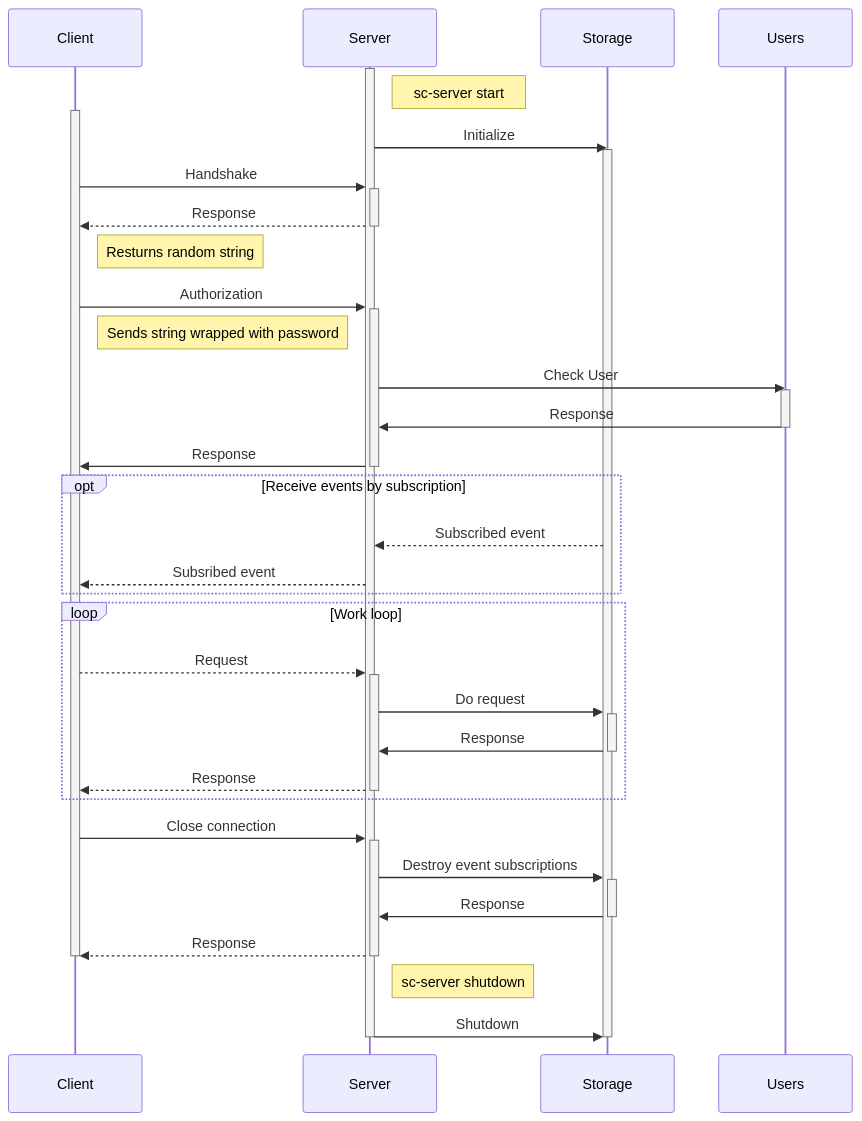
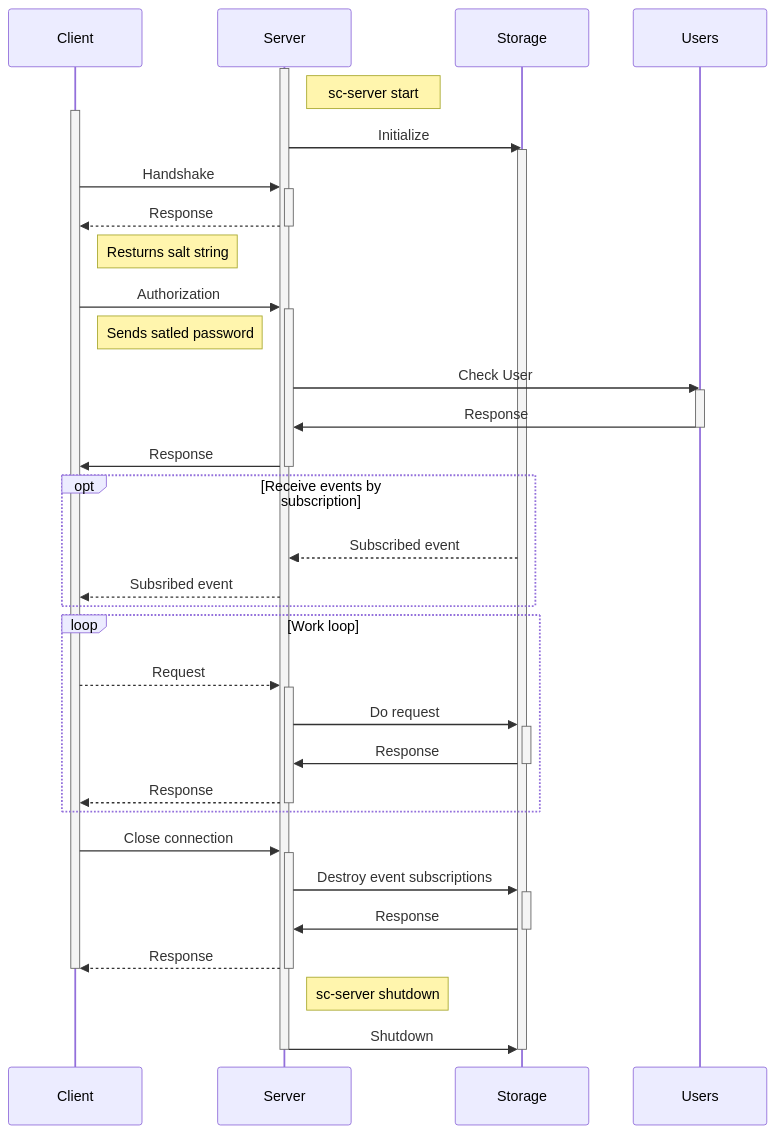
One commit to deniskoronchik/sc-machine changed the diagram in docs/net/sctp.md. Above: the diagram before and after it, drawn with Mermaid. The commit also changed other lines of this file and 41 other files, not shown here.

````diff
--- a/docs/net/sctp.md
+++ b/docs/net/sctp.md
@@ -11,73 +11,73 @@
 ```mermaid
 sequenceDiagram
     participant Client
     participant Server
     participant Storage
     participant Users
 
     activate Server
 
     Note right of Server: sc-server start
     activate Client
     Server->>Storage: Initialize
     activate Storage
 
     %% handshake >>>
     Client->>Server: Handshake
     activate Server
     
     Server-->>Client: Response
     deactivate Server
-    Note right of Client: Resturns random string
+    Note right of Client: Resturns salt string
 
     %% <<< handshake
 
     %% auth >>>
     Client->>Server: Authorization
     activate Server
-    Note right of Client: Sends string wrapped with password
+    Note right of Client: Sends satled password
 
     Server->>Users: Check User
     activate Users
     Users->>Server: Response
     deactivate Users
 
     Server->>Client: Response
     deactivate Server
 
     %% <<< atuh
 
     opt Receive events by subscription
       Storage-->>Server: Subscribed event
       Server-->>Client: Subsribed event
     end
 
 
     loop Work loop
       Client-->>Server: Request
       activate Server
       Server->>Storage: Do request
       activate Storage
 
       Storage->>Server: Response
       deactivate Storage
       Server-->>Client: Response
       deactivate Server  
     end
 
     Client->>Server: Close connection
     activate Server
     Server->>Storage: Destroy event subscriptions
     activate Storage
     Storage->>Server: Response
     deactivate Storage
     Server-->>Client: Response
     deactivate Server
     deactivate Client
     
     Note right of Server: sc-server shutdown
     Server->>Storage: Shutdown
     deactivate Storage
 
     deactivate Server
 ```
````
